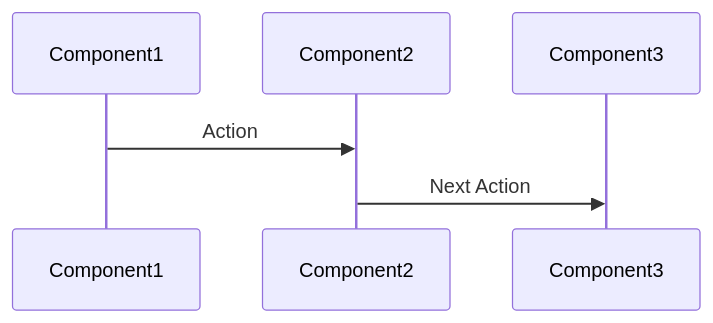
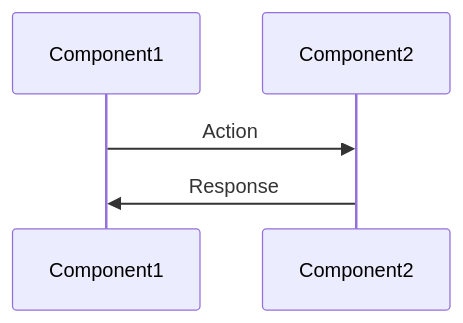
The second of 4 diagrams in memory-bank/shared/documentation_suggestions.md (soma-org/soma), drawn with Mermaid before and after one commit. The commit also changed other lines of this file and 20 other files, not shown here.

````diff
--- a/memory-bank/shared/documentation_suggestions.md
+++ b/memory-bank/shared/documentation_suggestions.md
@@ -520,5 +92,7 @@
-   ```mermaid
-   sequenceDiagram
-       Component1->>Component2: Action
-       Component2->>Component3: Next Action
-   ```
+```mermaid
+sequenceDiagram
+    participant Component1
+    participant Component2
+    Component1->>Component2: Action
+    Component2->>Component1: Response
+```
````
